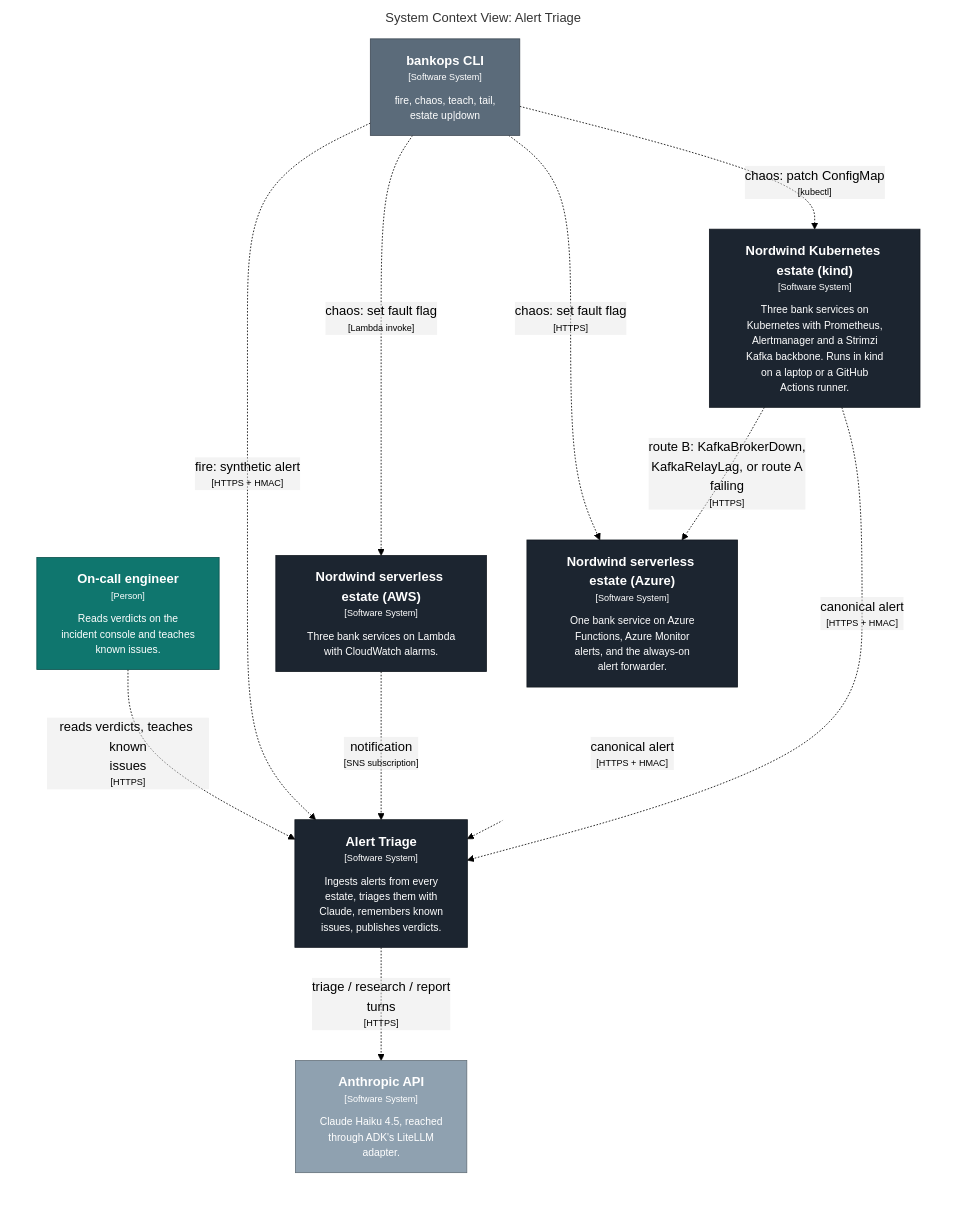
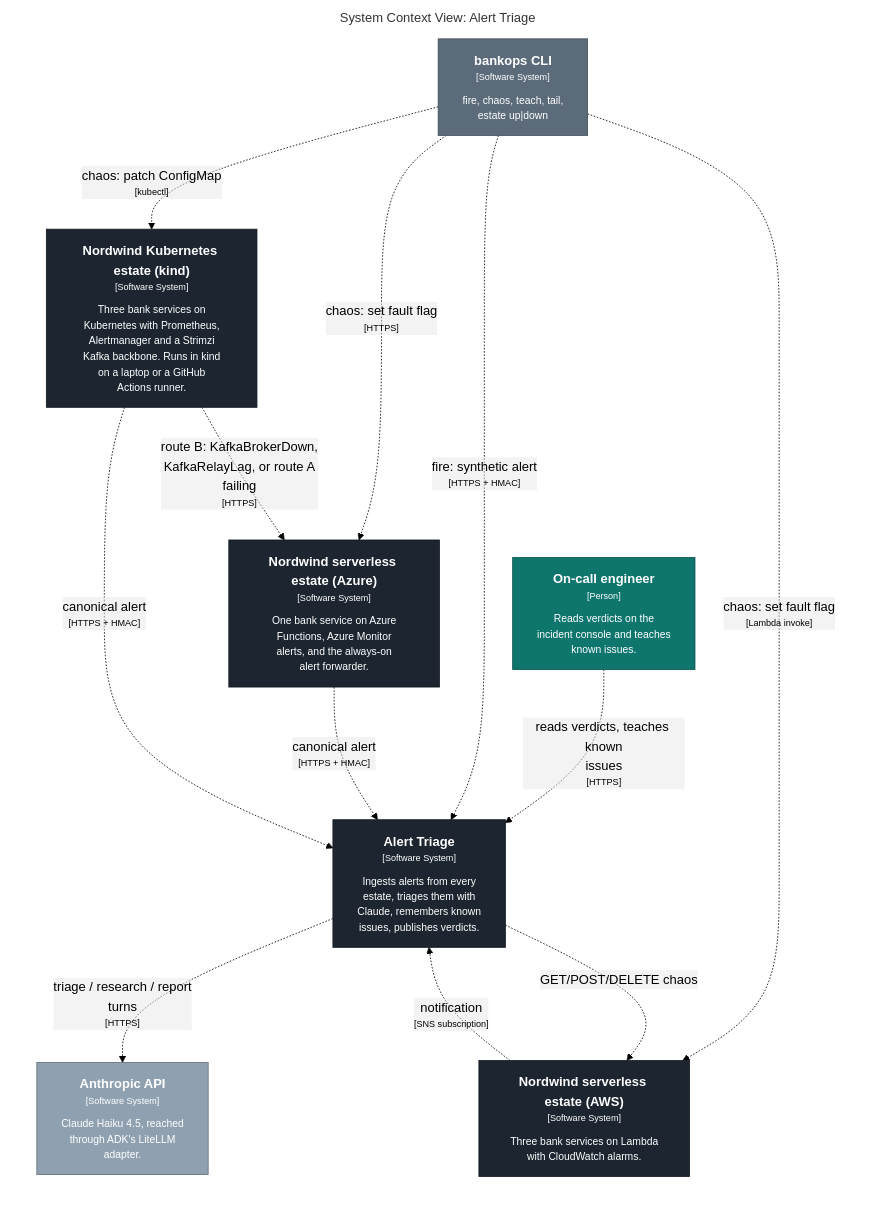
One commit to KucherenkoSerhiy/oncall-triage changed the diagram in docs/c4/generated/structurizr-context.mmd. Above: the diagram before and after it, drawn with Mermaid (forest theme). The commit also changed 36 other files, not shown here.

First line of the commit message:
feat(bank-aws): M4 AWS bank estate - payments/ledger/auth Lambdas with switchable faults, bank-faults control plane via the console API, six CloudWatch alarms into the spine, bankops chaos (#33)

```diff
--- a/docs/c4/generated/structurizr-context.mmd
+++ b/docs/c4/generated/structurizr-context.mmd
@@ -1,33 +1,34 @@
 graph LR
   linkStyle default fill:#ffffff
 
   subgraph diagram ["System Context View: Alert Triage"]
     style diagram fill:#ffffff,stroke:#ffffff
 
     1["<div style='font-weight: bold'>On-call engineer</div><div style='font-size: 70%; margin-top: 0px'>[Person]</div><div style='font-size: 80%; margin-top:10px'>Reads verdicts on the<br />incident console and teaches<br />known issues.</div>"]
     style 1 fill:#0f766e,stroke:#0a524d,color:#ffffff
     20["<div style='font-weight: bold'>Nordwind serverless estate (AWS)</div><div style='font-size: 70%; margin-top: 0px'>[Software System]</div><div style='font-size: 80%; margin-top:10px'>Three bank services on Lambda<br />with CloudWatch alarms.</div>"]
     style 20 fill:#1c2530,stroke:#131921,color:#ffffff
-    25["<div style='font-weight: bold'>Nordwind serverless estate (Azure)</div><div style='font-size: 70%; margin-top: 0px'>[Software System]</div><div style='font-size: 80%; margin-top:10px'>One bank service on Azure<br />Functions, Azure Monitor<br />alerts, and the always-on<br />alert forwarder.</div>"]
-    style 25 fill:#1c2530,stroke:#131921,color:#ffffff
-    29["<div style='font-weight: bold'>Nordwind Kubernetes estate (kind)</div><div style='font-size: 70%; margin-top: 0px'>[Software System]</div><div style='font-size: 80%; margin-top:10px'>Three bank services on<br />Kubernetes with Prometheus,<br />Alertmanager and a Strimzi<br />Kafka backbone. Runs in kind<br />on a laptop or a GitHub<br />Actions runner.</div>"]
-    style 29 fill:#1c2530,stroke:#131921,color:#ffffff
+    27["<div style='font-weight: bold'>Nordwind serverless estate (Azure)</div><div style='font-size: 70%; margin-top: 0px'>[Software System]</div><div style='font-size: 80%; margin-top:10px'>One bank service on Azure<br />Functions, Azure Monitor<br />alerts, and the always-on<br />alert forwarder.</div>"]
+    style 27 fill:#1c2530,stroke:#131921,color:#ffffff
     3["<div style='font-weight: bold'>Anthropic API</div><div style='font-size: 70%; margin-top: 0px'>[Software System]</div><div style='font-size: 80%; margin-top:10px'>Claude Haiku 4.5, reached<br />through ADK's LiteLLM<br />adapter.</div>"]
     style 3 fill:#8fa1b0,stroke:#64707b,color:#ffffff
+    31["<div style='font-weight: bold'>Nordwind Kubernetes estate (kind)</div><div style='font-size: 70%; margin-top: 0px'>[Software System]</div><div style='font-size: 80%; margin-top:10px'>Three bank services on<br />Kubernetes with Prometheus,<br />Alertmanager and a Strimzi<br />Kafka backbone. Runs in kind<br />on a laptop or a GitHub<br />Actions runner.</div>"]
+    style 31 fill:#1c2530,stroke:#131921,color:#ffffff
     4["<div style='font-weight: bold'>bankops CLI</div><div style='font-size: 70%; margin-top: 0px'>[Software System]</div><div style='font-size: 80%; margin-top:10px'>fire, chaos, teach, tail,<br />estate up|down</div>"]
     style 4 fill:#5b6b7a,stroke:#3f4a55,color:#ffffff
     5["<div style='font-weight: bold'>Alert Triage</div><div style='font-size: 70%; margin-top: 0px'>[Software System]</div><div style='font-size: 80%; margin-top:10px'>Ingests alerts from every<br />estate, triages them with<br />Claude, remembers known<br />issues, publishes verdicts.</div>"]
     style 5 fill:#1c2530,stroke:#131921,color:#ffffff
 
     1-. "<div>reads verdicts, teaches known<br />issues</div><div style='font-size: 70%'>[HTTPS]</div>" .->5
     4-. "<div>fire: synthetic alert</div><div style='font-size: 70%'>[HTTPS + HMAC]</div>" .->5
     4-. "<div>chaos: set fault flag</div><div style='font-size: 70%'>[Lambda invoke]</div>" .->20
-    4-. "<div>chaos: set fault flag</div><div style='font-size: 70%'>[HTTPS]</div>" .->25
-    4-. "<div>chaos: patch ConfigMap</div><div style='font-size: 70%'>[kubectl]</div>" .->29
+    4-. "<div>chaos: set fault flag</div><div style='font-size: 70%'>[HTTPS]</div>" .->27
+    4-. "<div>chaos: patch ConfigMap</div><div style='font-size: 70%'>[kubectl]</div>" .->31
     20-. "<div>notification</div><div style='font-size: 70%'>[SNS subscription]</div>" .->5
-    25-. "<div>canonical alert</div><div style='font-size: 70%'>[HTTPS + HMAC]</div>" .->5
-    29-. "<div>canonical alert</div><div style='font-size: 70%'>[HTTPS + HMAC]</div>" .->5
-    29-. "<div>route B: KafkaBrokerDown,<br />KafkaRelayLag, or route A<br />failing</div><div style='font-size: 70%'>[HTTPS]</div>" .->25
+    5-. "<div>GET/POST/DELETE chaos</div><div style='font-size: 70%'></div>" .->20
+    27-. "<div>canonical alert</div><div style='font-size: 70%'>[HTTPS + HMAC]</div>" .->5
+    31-. "<div>canonical alert</div><div style='font-size: 70%'>[HTTPS + HMAC]</div>" .->5
+    31-. "<div>route B: KafkaBrokerDown,<br />KafkaRelayLag, or route A<br />failing</div><div style='font-size: 70%'>[HTTPS]</div>" .->27
     5-. "<div>triage / research / report<br />turns</div><div style='font-size: 70%'>[HTTPS]</div>" .->3
 
   end
```
